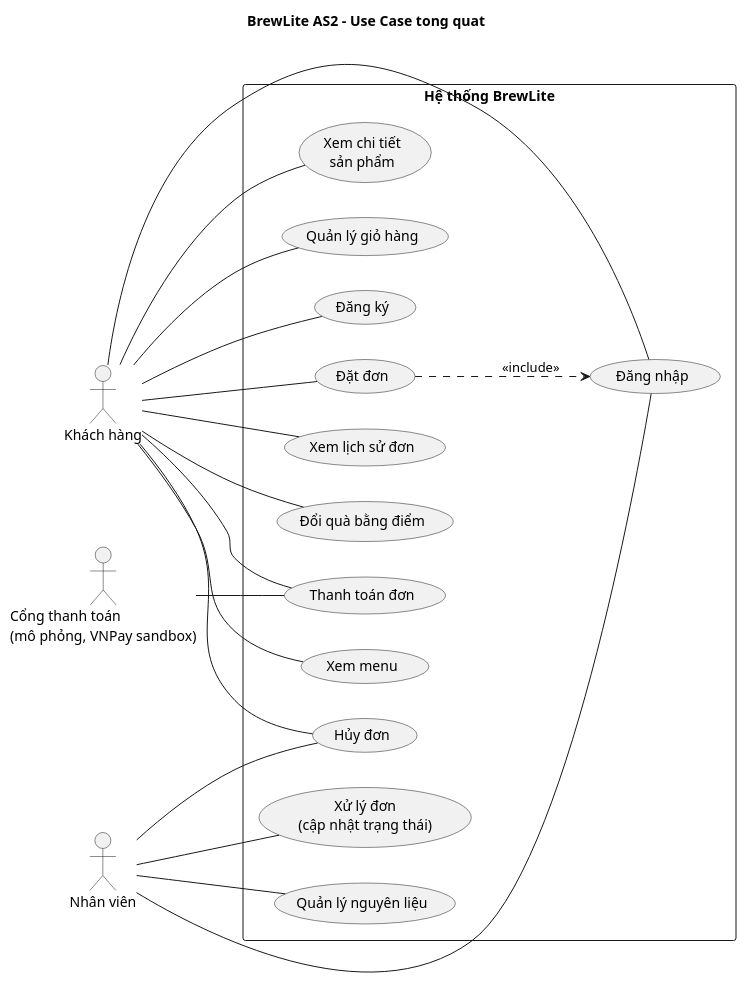
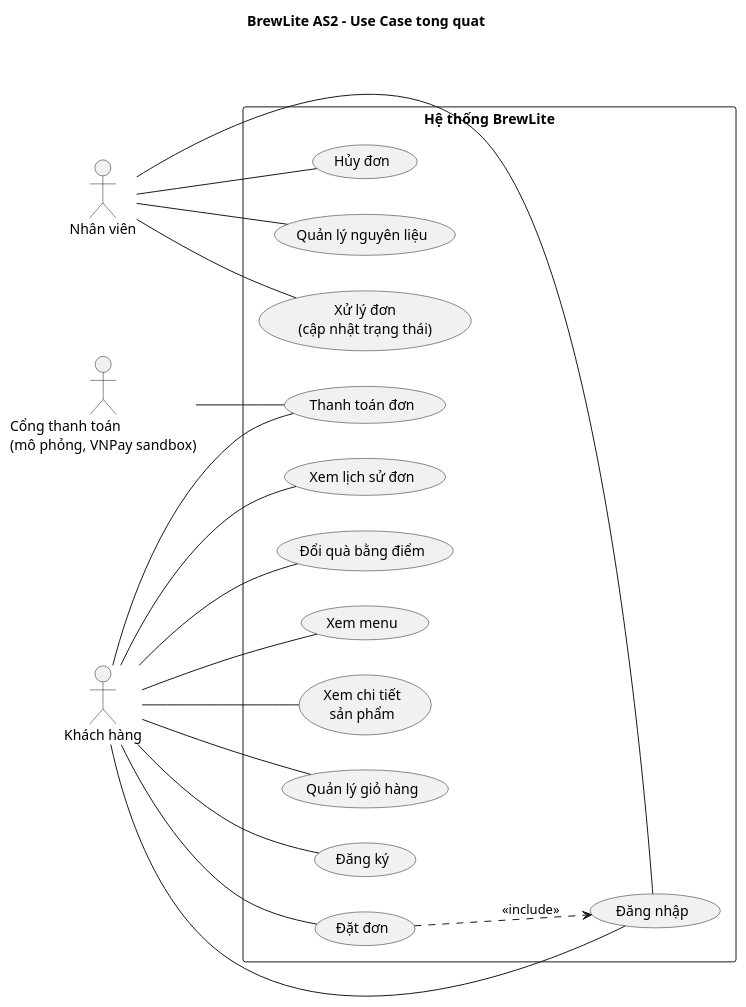
Before and after one commit to tthan-prog/BrewLite-AS2: the diagram in docs/requirements/usecase-overview.puml, drawn with PlantUML. The commit also changed 13 other files, not shown here.

Commit message:
docs: align UML diagrams and AS2 report with payment flow

```diff
--- a/docs/requirements/usecase-overview.puml
+++ b/docs/requirements/usecase-overview.puml
@@ -2,47 +2,46 @@
 @startuml
 left to right direction
 skinparam shadowing false
 skinparam packageStyle rectangle
 
 title BrewLite AS2 - Use Case tong quat
 
 actor "Khách hàng" as Customer
 actor "Nhân viên" as Staff
 actor "Cổng thanh toán\n(mô phỏng, VNPay sandbox)" as Gateway
 
 rectangle "Hệ thống BrewLite" {
   usecase "Xem menu" as UC1
   usecase "Xem chi tiết\nsản phẩm" as UC2
   usecase "Quản lý giỏ hàng" as UC3
   usecase "Đăng ký" as UC4
   usecase "Đăng nhập" as UC5
   usecase "Đặt đơn" as UC6
   usecase "Thanh toán đơn" as UC7
   usecase "Xem lịch sử đơn" as UC8
   usecase "Đổi quà bằng điểm" as UC9
   usecase "Xử lý đơn\n(cập nhật trạng thái)" as UC10
   usecase "Hủy đơn" as UC11
   usecase "Quản lý nguyên liệu" as UC12
 }
 
 Customer -- UC1
 Customer -- UC2
 Customer -- UC3
 Customer -- UC4
 Customer -- UC5
 Customer -- UC6
 Customer -- UC7
 Customer -- UC8
 Customer -- UC9
-Customer -- UC11
 
 Staff -- UC5
 Staff -- UC10
 Staff -- UC11
 Staff -- UC12
 
 Gateway -- UC7
 
 UC6 ..> UC5 : <<include>>
 
 @enduml
```
